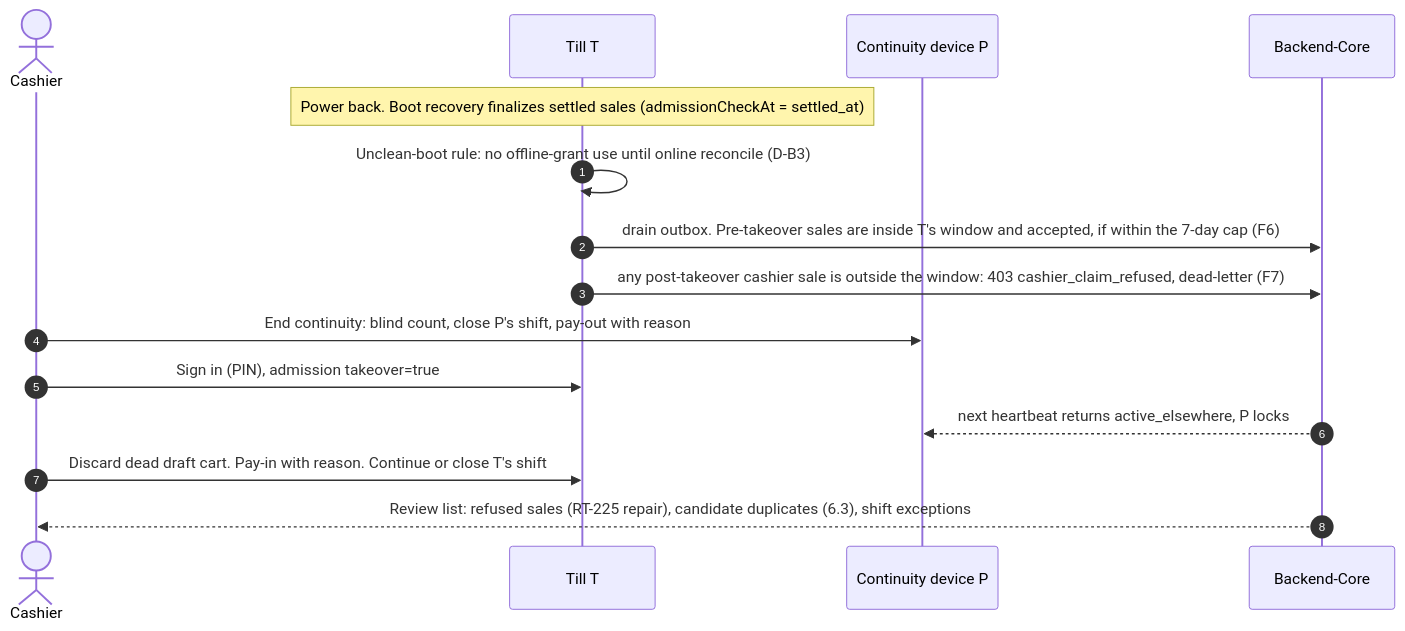
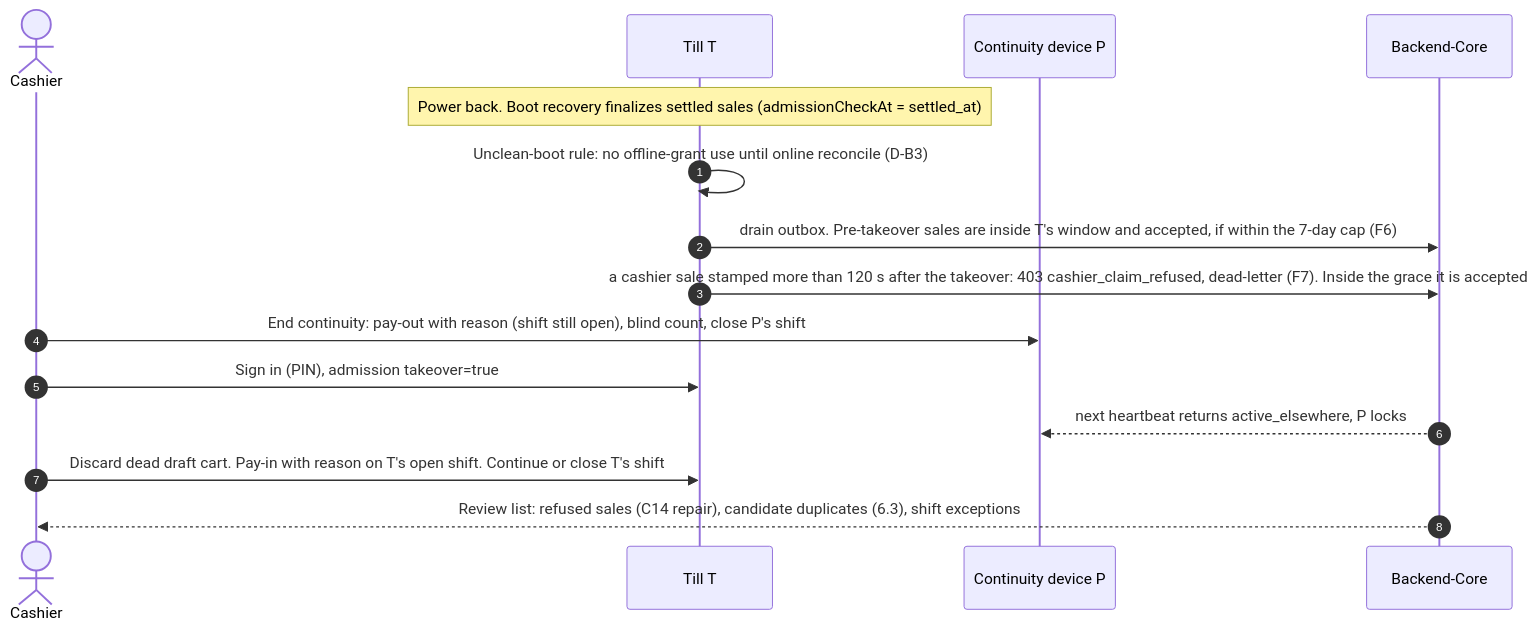
Before and after one commit to Kemetra/POS: the second of 2 diagrams in docs/superpowers/specs/2026-10-15-rt-230-retail-client-continuity-design.md, drawn with Mermaid. The commit also changed other lines of this file, not shown here.

First line of the commit message:
docs(rt-230): address review on fencing grace, sale repair and handback order

````diff
--- a/docs/superpowers/specs/2026-10-15-rt-230-retail-client-continuity-design.md
+++ b/docs/superpowers/specs/2026-10-15-rt-230-retail-client-continuity-design.md
@@ -334,17 +338,17 @@
 ```mermaid
 sequenceDiagram
     autonumber
     actor C as Cashier
     participant T as Till T
     participant P as Continuity device P
     participant BC as Backend-Core
     Note over T: Power back. Boot recovery finalizes settled sales (admissionCheckAt = settled_at)
     T->>T: Unclean-boot rule: no offline-grant use until online reconcile (D-B3)
     T->>BC: drain outbox. Pre-takeover sales are inside T's window and accepted, if within the 7-day cap (F6)
-    T->>BC: any post-takeover cashier sale is outside the window: 403 cashier_claim_refused, dead-letter (F7)
-    C->>P: End continuity: blind count, close P's shift, pay-out with reason
+    T->>BC: a cashier sale stamped more than 120 s after the takeover: 403 cashier_claim_refused, dead-letter (F7). Inside the grace it is accepted
+    C->>P: End continuity: pay-out with reason (shift still open), blind count, close P's shift
     C->>T: Sign in (PIN), admission takeover=true
     BC-->>P: next heartbeat returns active_elsewhere, P locks
-    C->>T: Discard dead draft cart. Pay-in with reason. Continue or close T's shift
-    BC-->>C: Review list: refused sales (RT-225 repair), candidate duplicates (6.3), shift exceptions
+    C->>T: Discard dead draft cart. Pay-in with reason on T's open shift. Continue or close T's shift
+    BC-->>C: Review list: refused sales (C14 repair), candidate duplicates (6.3), shift exceptions
 ```
````
